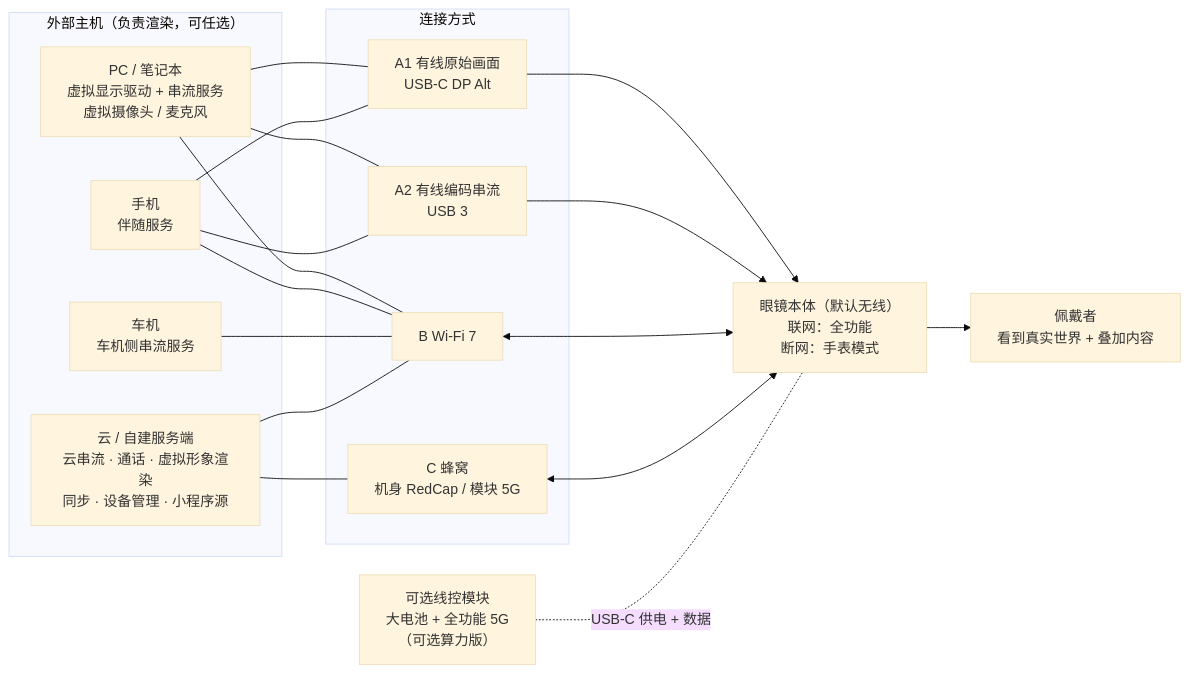
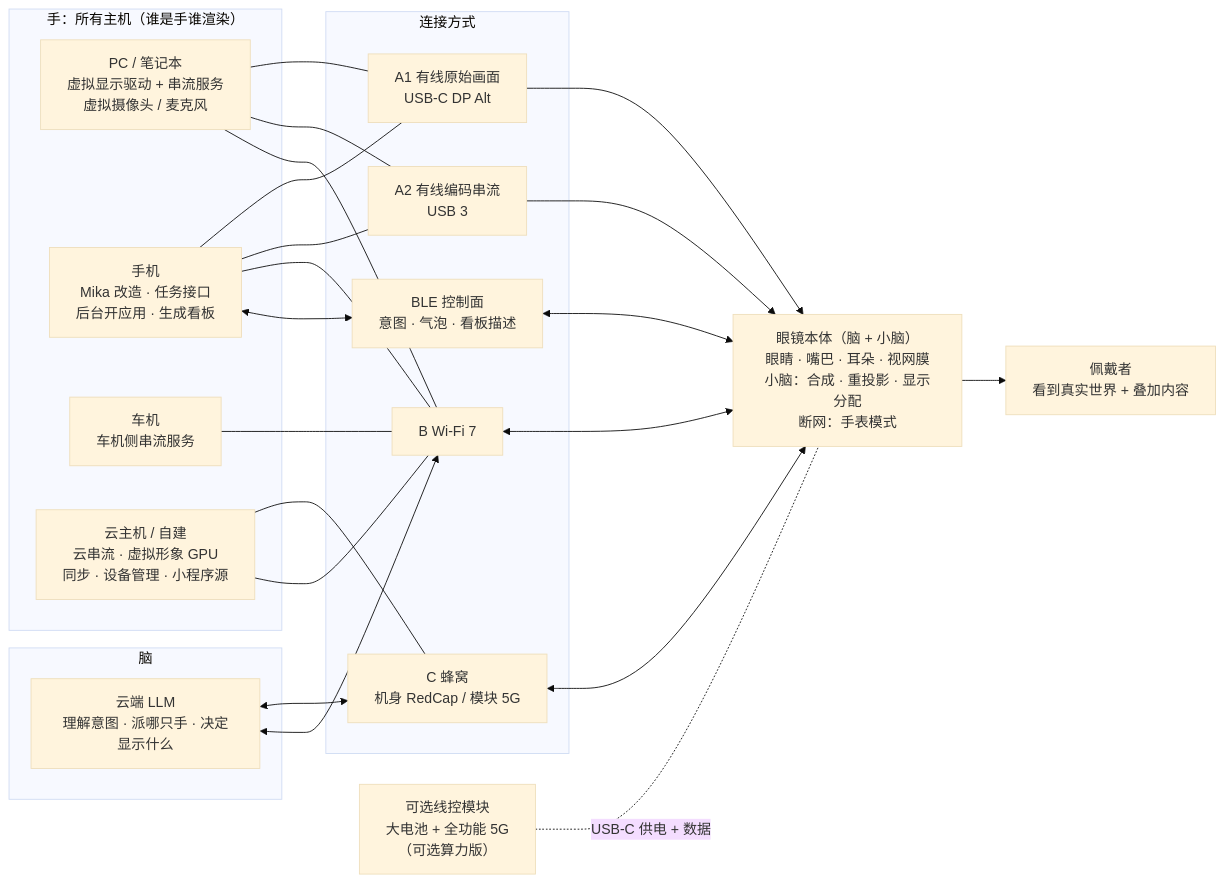
One commit to jodancain/independent-cellular-ai-glasses changed the first of 10 diagrams in docs/system-architecture.md. Above: the diagram before and after it, drawn with Mermaid (base theme). The commit also changed other lines of this file and 15 other files, not shown here.

First line of the commit message:
框图、宣传片与网站全部按脑 / 小脑 / 手更新

````diff
--- a/docs/system-architecture.md
+++ b/docs/system-architecture.md
@@ -30,36 +31,45 @@
 ```mermaid
 flowchart LR
-  subgraph HOSTS["外部主机（负责渲染，可任选）"]
+  subgraph HOSTS["手：所有主机（谁是手谁渲染）"]
     PC["PC / 笔记本<br/>虚拟显示驱动 + 串流服务<br/>虚拟摄像头 / 麦克风"]
-    PHONE["手机<br/>伴随服务"]
+    PHONE["手机<br/>Mika 改造 · 任务接口<br/>后台开应用 · 生成看板"]
     CAR["车机<br/>车机侧串流服务"]
-    CLOUD["云 / 自建服务端<br/>云串流 · 通话 · 虚拟形象渲染<br/>同步 · 设备管理 · 小程序源"]
+    CLOUD["云主机 / 自建<br/>云串流 · 虚拟形象 GPU<br/>同步 · 设备管理 · 小程序源"]
+  end
+
+  subgraph BRAIN["脑"]
+    LLM["云端 LLM<br/>理解意图 · 派哪只手 · 决定显示什么"]
   end
 
   subgraph NET["连接方式"]
     A1["A1 有线原始画面<br/>USB-C DP Alt"]
     A2["A2 有线编码串流<br/>USB 3"]
     B["B Wi-Fi 7"]
     C["C 蜂窝<br/>机身 RedCap / 模块 5G"]
+    BLE["BLE 控制面<br/>意图 · 气泡 · 看板描述"]
   end
 
-  GLASSES["眼镜本体（默认无线）<br/>联网：全功能<br/>断网：手表模式"]
+  GLASSES["眼镜本体（脑 + 小脑）<br/>眼睛 · 嘴巴 · 耳朵 · 视网膜<br/>小脑：合成 · 重投影 · 显示分配<br/>断网：手表模式"]
   MODULE["可选线控模块<br/>大电池 + 全功能 5G<br/>（可选算力版）"]
   USER["佩戴者<br/>看到真实世界 + 叠加内容"]
 
   PC --- A1
   PC --- A2
   PHONE --- A1
   PHONE --- A2
   PC --- B
   PHONE --- B
   CAR --- B
   CLOUD --- C
   CLOUD --- B
   A1 --> GLASSES
   A2 --> GLASSES
   B <--> GLASSES
   C <--> GLASSES
+  PHONE <--> BLE
+  BLE <--> GLASSES
+  LLM <--> C
+  LLM <--> B
   MODULE -. USB-C 供电 + 数据 .- GLASSES
   GLASSES --> USER
 ```
````
